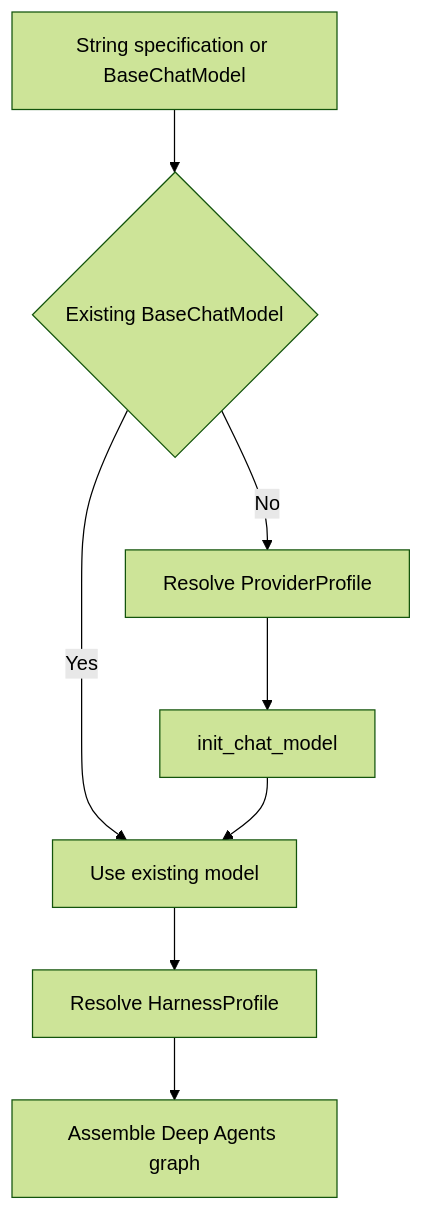
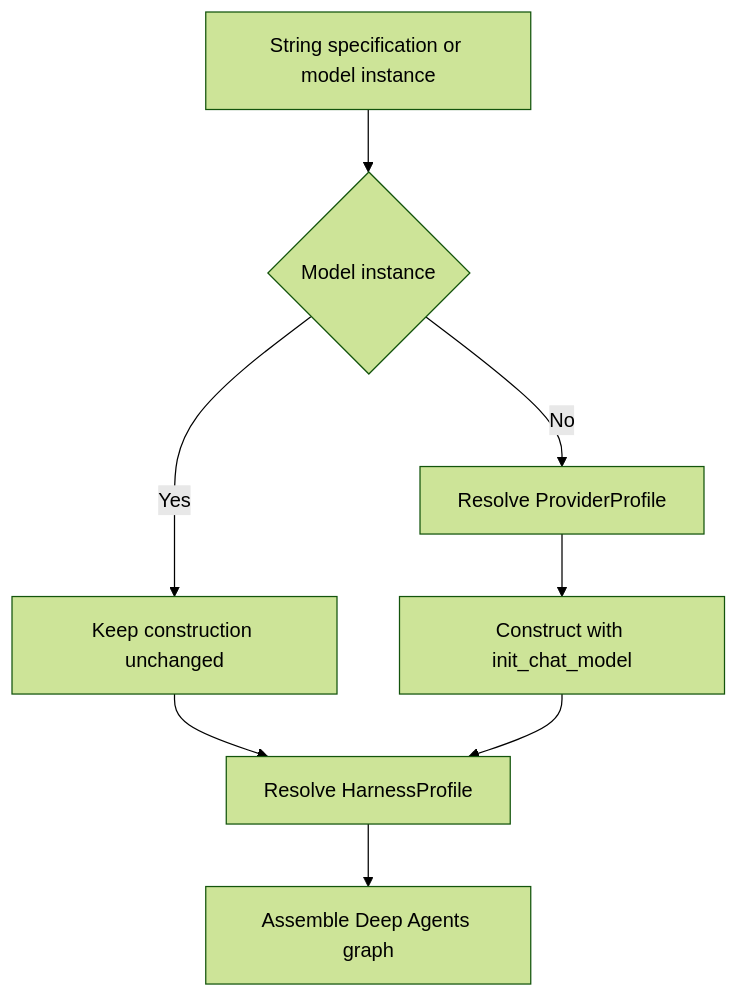
Before and after one commit to langchain-ai/deepagents: the first of 2 diagrams in openwiki/concepts/profiles-models.md, drawn with Mermaid (forest theme). The commit also changed other lines of this file and 63 other files, not shown here.

````diff
--- a/openwiki/concepts/profiles-models.md
+++ b/openwiki/concepts/profiles-models.md
@@ -74,10 +52,10 @@
 ```mermaid
 flowchart TD
-    Input["String specification or BaseChatModel"] --> Existing{"Existing BaseChatModel"}
-    Existing -->|Yes| Built["Use existing model"]
-    Existing -->|No| Provider["Resolve ProviderProfile"]
-    Provider --> Init["init_chat_model"]
-    Init --> Built
-    Built --> Harness["Resolve HarnessProfile"]
-    Harness --> Graph["Assemble Deep Agents graph"]
+    Input["String specification or model instance"] --> Instance{"Model instance"}
+    Instance -->|Yes| Existing["Keep construction unchanged"]
+    Instance -->|No| Provider["Resolve ProviderProfile"]
+    Provider --> Client["Construct with init_chat_model"]
+    Existing --> Harness["Resolve HarnessProfile"]
+    Client --> Harness
+    Harness --> Agent["Assemble Deep Agents graph"]
 ```
````
